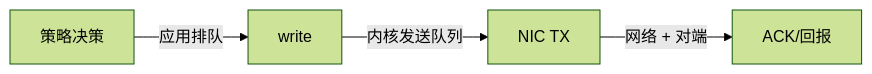
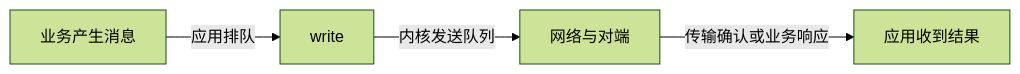
Before and after one commit to xizheyin/hft-book-rs: the second of 2 diagrams in books/rust-hft/src/network/tcp_optimization.md, drawn with Mermaid (forest theme). The commit also changed other lines of this file and 207 other files, not shown here.

````diff
--- a/books/rust-hft/src/network/tcp_optimization.md
+++ b/books/rust-hft/src/network/tcp_optimization.md
@@ -248,6 +237,6 @@
 ```mermaid
 flowchart LR
-    A[策略决策] -->|应用排队| B[write]
-    B -->|内核发送队列| C[NIC TX]
-    C -->|网络 + 对端| D[ACK/回报]
+    A[业务产生消息] -->|应用排队| B[write]
+    B -->|内核发送队列| C[网络与对端]
+    C -->|传输确认或业务响应| D[应用收到结果]
 ```
````
